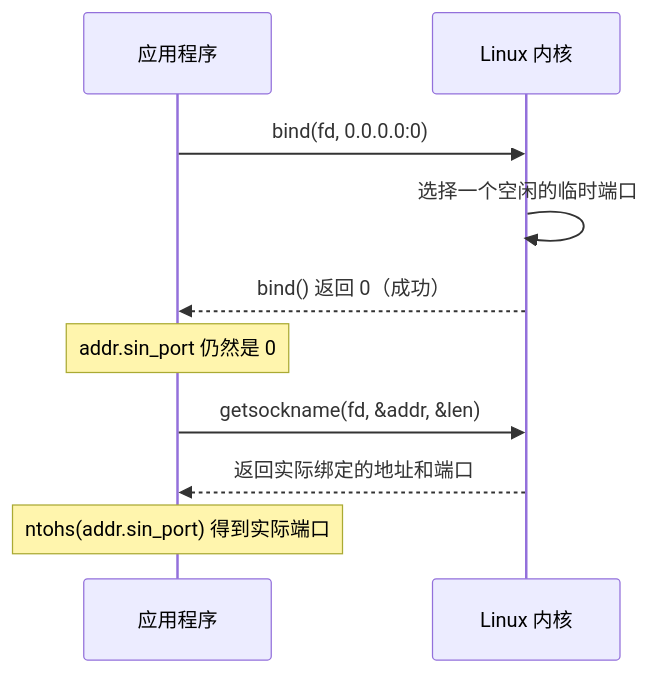
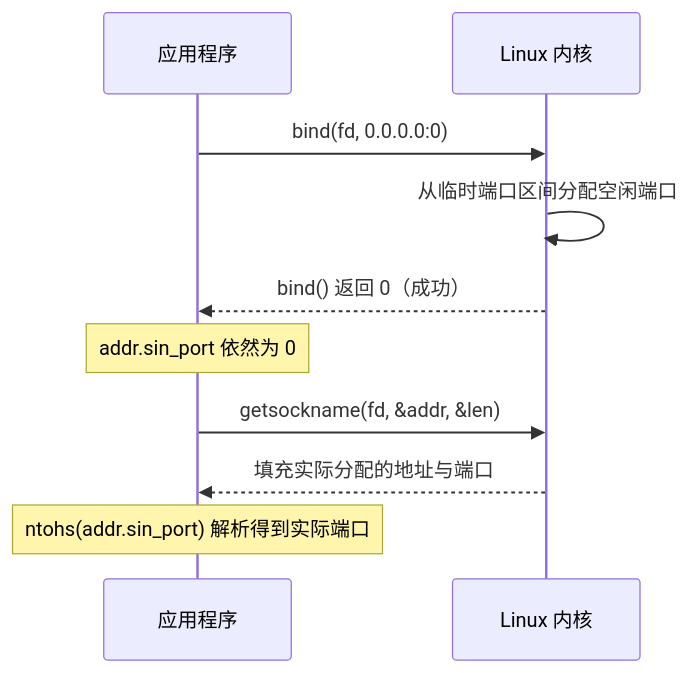
Before and after one commit to 495229520/obsidian_notes: the diagram in 3.Linux/7. 网络编程/01. 网络基础/1.3 端口与五元组.md, drawn with Mermaid. The commit also changed other lines of this file and 72 other files, not shown here.

````diff
--- a/3.Linux/7. 网络编程/01. 网络基础/1.3 端口与五元组.md
+++ b/3.Linux/7. 网络编程/01. 网络基础/1.3 端口与五元组.md
@@ -149,12 +147,12 @@
 ```mermaid
 sequenceDiagram
     participant A as 应用程序
     participant K as Linux 内核
     A->>K: bind(fd, 0.0.0.0:0)
-    K->>K: 选择一个空闲的临时端口
+    K->>K: 从临时端口区间分配空闲端口
     K-->>A: bind() 返回 0（成功）
-    Note over A: addr.sin_port 仍然是 0
+    Note over A: addr.sin_port 依然为 0
     A->>K: getsockname(fd, &addr, &len)
-    K-->>A: 返回实际绑定的地址和端口
-    Note over A: ntohs(addr.sin_port) 得到实际端口
+    K-->>A: 填充实际分配的地址与端口
+    Note over A: ntohs(addr.sin_port) 解析得到实际端口
 ```
````
